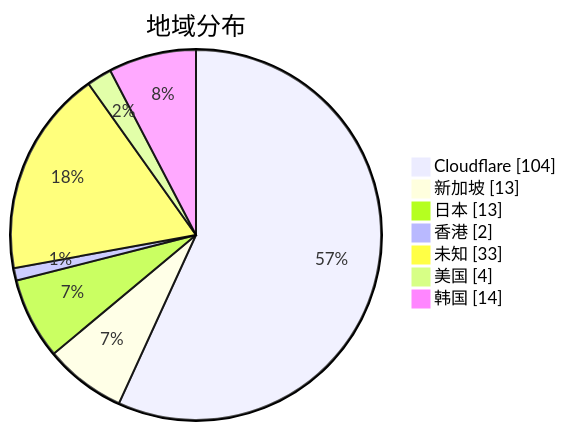
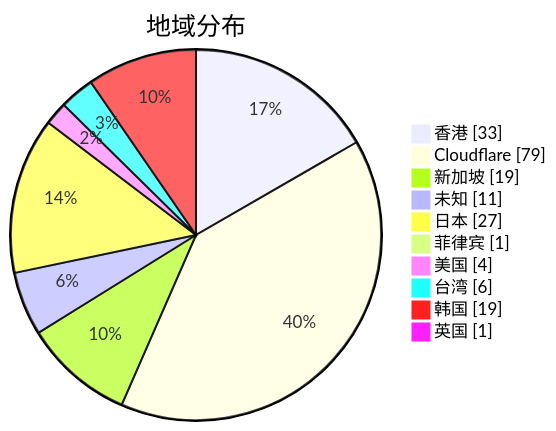
Before and after one commit to qjlxg/airport: the second of 3 diagrams in subs/statistics/tested_within.md, drawn with Mermaid. The commit also changed other lines of this file and 2 other files, not shown here.

````diff
--- a/subs/statistics/tested_within.md
+++ b/subs/statistics/tested_within.md
@@ -12,11 +12,14 @@
 ```mermaid
 pie showData
 title 地域分布
-"Cloudflare" : 104
-"新加坡" : 13
-"日本" : 13
-"香港" : 2
-"未知" : 33
+"香港" : 33
+"Cloudflare" : 79
+"新加坡" : 19
+"未知" : 11
+"日本" : 27
+"菲律宾" : 1
 "美国" : 4
-"韩国" : 14
+"台湾" : 6
+"韩国" : 19
+"英国" : 1
 ```
````
